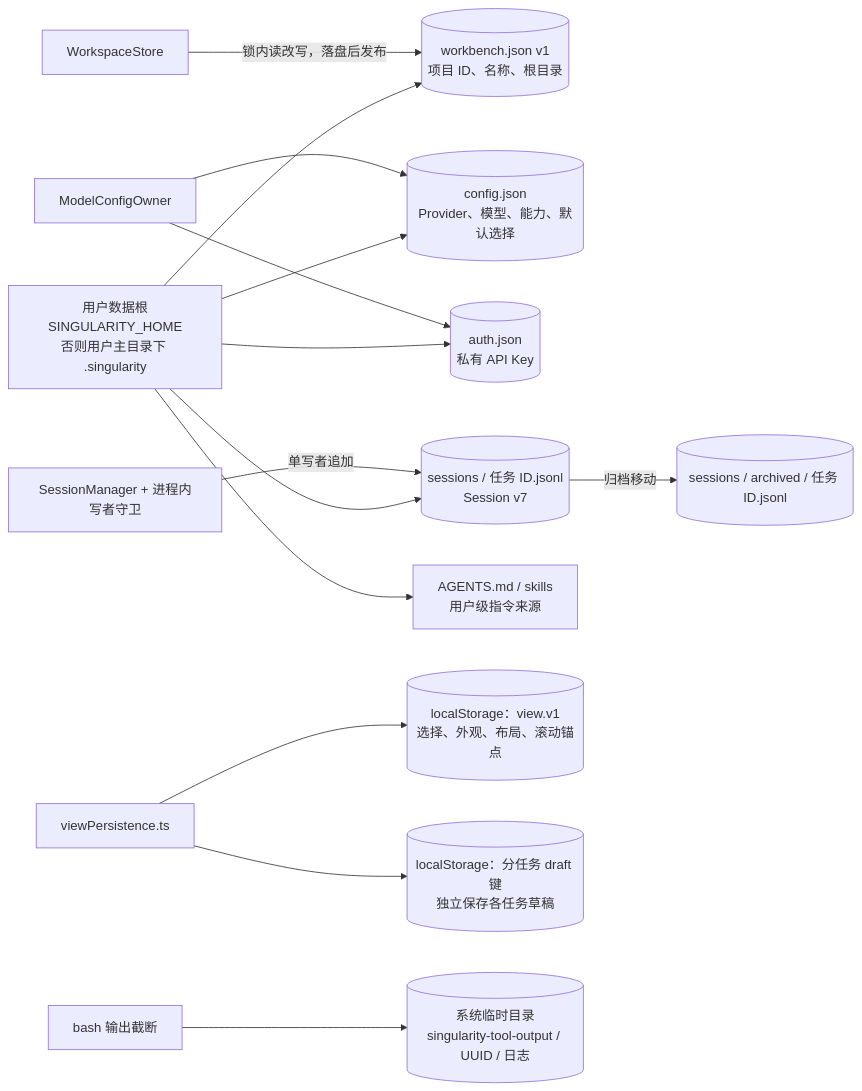
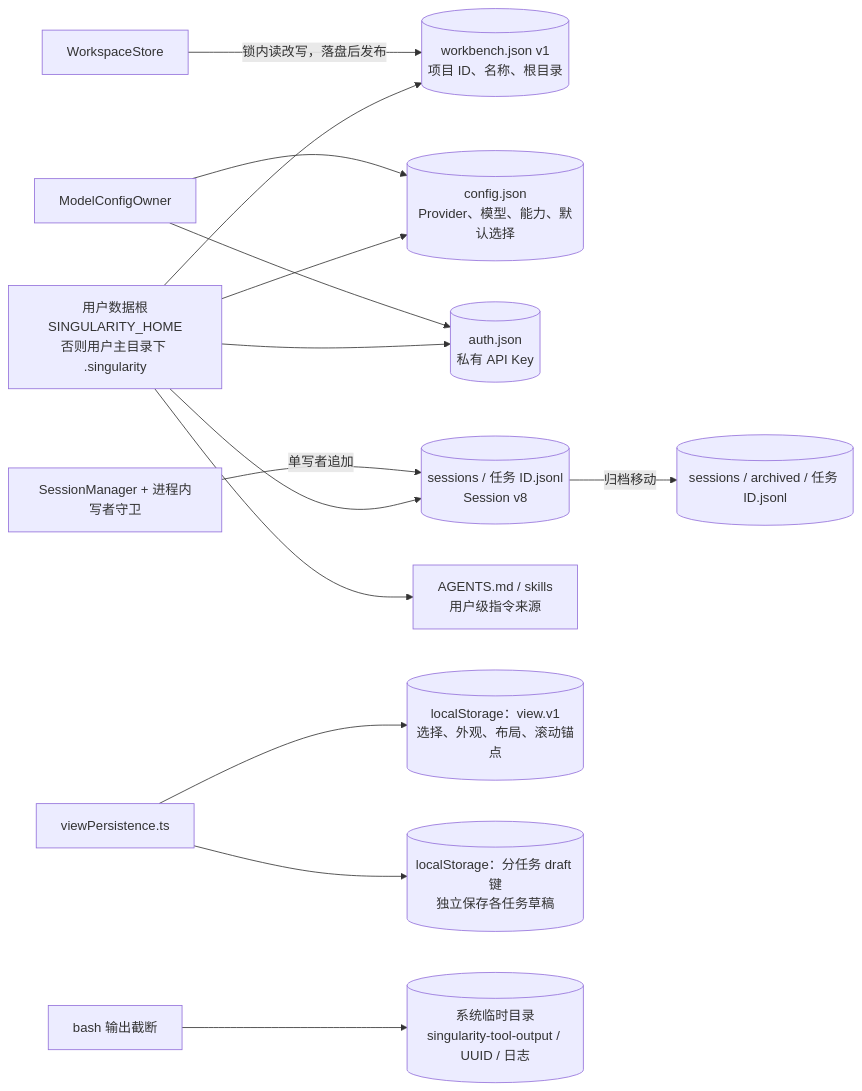
Before and after one commit to qjcnmd/singularity-agent: the sixth of 29 diagrams in docs/singularity.md, drawn with Mermaid. The commit also changed other lines of this file and 44 other files, not shown here.

````diff
--- a/docs/singularity.md
+++ b/docs/singularity.md
@@ -155,16 +155,16 @@
 ```mermaid
 flowchart LR
     Home["用户数据根<br/>SINGULARITY_HOME<br/>否则用户主目录下 .singularity"] --> WorkbenchFile[("workbench.json v1<br/>项目 ID、名称、根目录")]
     Home --> Config[("config.json<br/>Provider、模型、能力、默认选择")]
     Home --> Auth[("auth.json<br/>私有 API Key")]
-    Home --> Ledger[("sessions / 任务 ID.jsonl<br/>Session v7")]
+    Home --> Ledger[("sessions / 任务 ID.jsonl<br/>Session v8")]
     Ledger -->|"归档移动"| Archive[("sessions / archived / 任务 ID.jsonl")]
     Home --> Instructions["AGENTS.md / skills<br/>用户级指令来源"]
     WorkspaceStore["WorkspaceStore"] -->|"锁内读改写，落盘后发布"| WorkbenchFile
     ModelOwner["ModelConfigOwner"] --> Config
     ModelOwner --> Auth
     Manager["SessionManager + 进程内写者守卫"] -->|"单写者追加"| Ledger
     Browser["viewPersistence.ts"] --> View[("localStorage：view.v1<br/>选择、外观、布局、滚动锚点")]
     Browser --> Draft[("localStorage：分任务 draft 键<br/>独立保存各任务草稿")]
     Bash["bash 输出截断"] --> Temp[("系统临时目录<br/>singularity-tool-output / UUID / 日志")]
 ```
````
